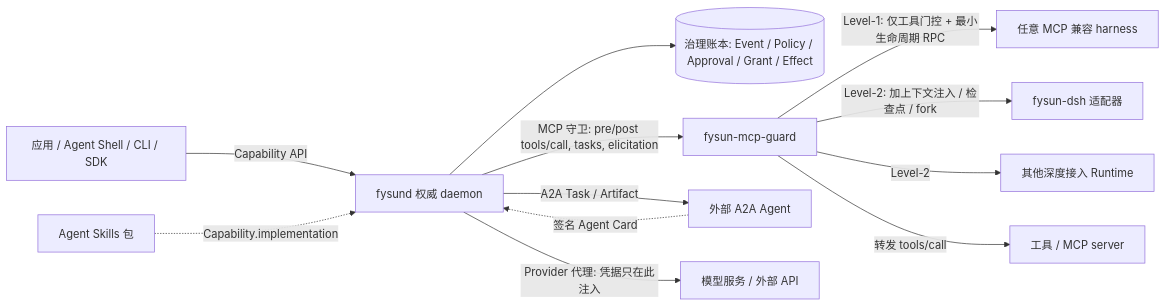
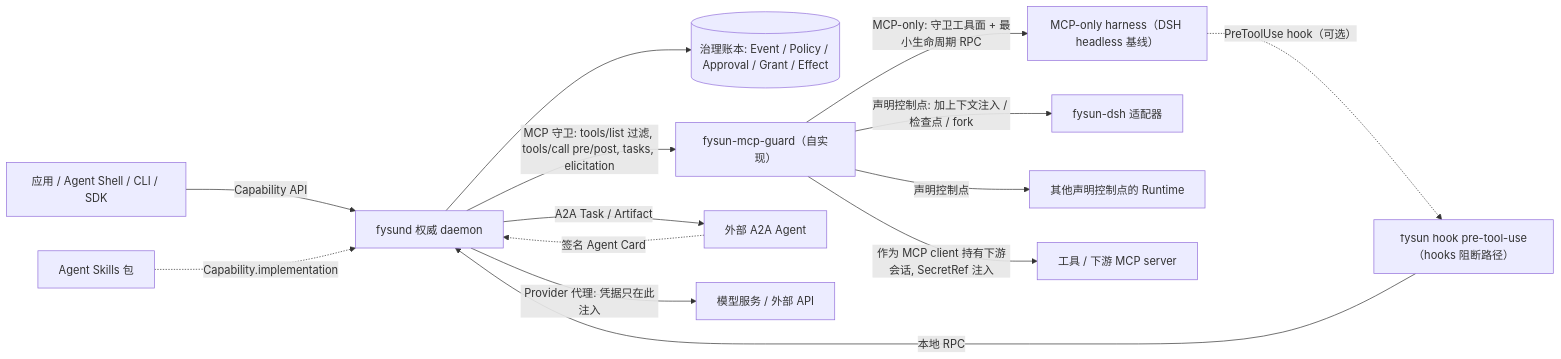
One commit to fysunlabs/FysunOS changed the diagram in docs/design/03-architecture.md. Above: the diagram before and after it, drawn with Mermaid. The commit also changed other lines of this file and 64 other files, not shown here.

````diff
--- a/docs/design/03-architecture.md
+++ b/docs/design/03-architecture.md
@@ -89,14 +122,16 @@
 ```mermaid
 flowchart LR
   App["应用 / Agent Shell / CLI / SDK"] -->|"Capability API"| Fysund["fysund 权威 daemon"]
   Fysund --> Ledger[("治理账本: Event / Policy / Approval / Grant / Effect")]
-  Fysund -->|"MCP 守卫: pre/post tools/call, tasks, elicitation"| Guard["fysun-mcp-guard"]
-  Guard -->|"Level-1: 仅工具门控 + 最小生命周期 RPC"| AnyHarness["任意 MCP 兼容 harness"]
-  Guard -->|"Level-2: 加上下文注入 / 检查点 / fork"| DSHAdapter["fysun-dsh 适配器"]
-  Guard -->|"Level-2"| OtherDeep["其他深度接入 Runtime"]
-  Guard -->|"转发 tools/call"| Tools["工具 / MCP server"]
+  Fysund -->|"MCP 守卫: tools/list 过滤, tools/call pre/post, tasks, elicitation"| Guard["fysun-mcp-guard（自实现）"]
+  Guard -->|"MCP-only: 守卫工具面 + 最小生命周期 RPC"| AnyHarness["MCP-only harness（DSH headless 基线）"]
+  Guard -->|"声明控制点: 加上下文注入 / 检查点 / fork"| DSHAdapter["fysun-dsh 适配器"]
+  Guard -->|"声明控制点"| OtherDeep["其他声明控制点的 Runtime"]
+  Guard -->|"作为 MCP client 持有下游会话, SecretRef 注入"| Tools["工具 / 下游 MCP server"]
+  Hook["fysun hook pre-tool-use（hooks 阻断路径）"] -->|"本地 RPC"| Fysund
+  AnyHarness -.->|"PreToolUse hook（可选）"| Hook
   Fysund -->|"A2A Task / Artifact"| ExtAgent["外部 A2A Agent"]
   ExtAgent -.->|"签名 Agent Card"| Fysund
   Skills["Agent Skills 包"] -.->|"Capability.implementation"| Fysund
   Fysund -->|"Provider 代理: 凭据只在此注入"| Models["模型服务 / 外部 API"]
 ```
````
